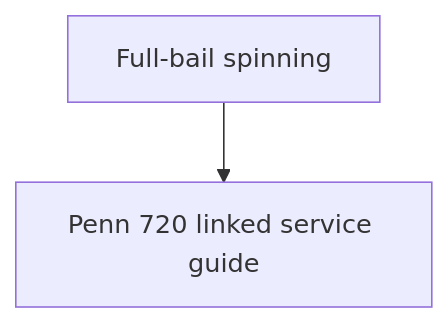
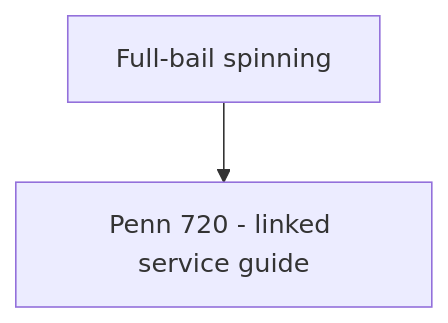
Before and after one commit to john-tech-writer/vintage-reel-service-guides: the fifth of 5 diagrams in docs/reel-taxonomy.md, drawn with Mermaid. The commit also changed other lines of this file, not shown here.

Commit message:
more link styling

````diff
--- a/docs/reel-taxonomy.md
+++ b/docs/reel-taxonomy.md
@@ -94,5 +94,5 @@
 ```mermaid
 flowchart TD
-  B1[Full-bail spinning] --> D1[Penn 720 linked service guide]
+  B1[Full-bail spinning] --> D1[Penn 720 - linked service guide]
   click D1 "/vintage-reel-service-guides/penn/penn-720-service-guide/"
 ```
````
